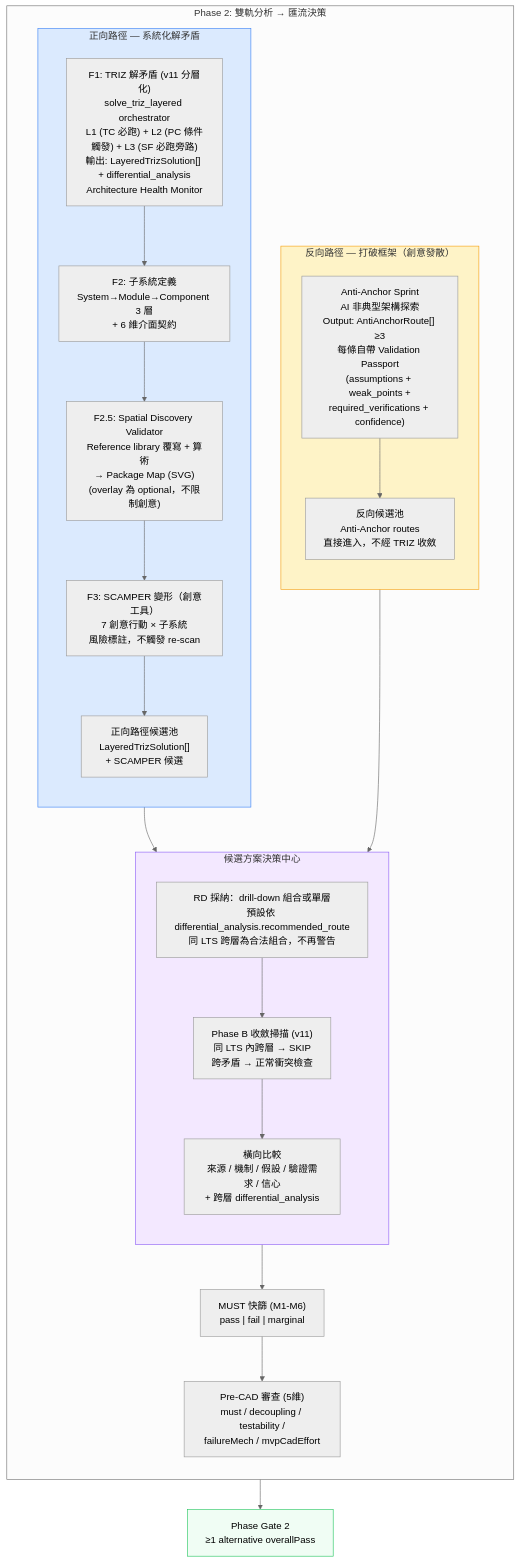
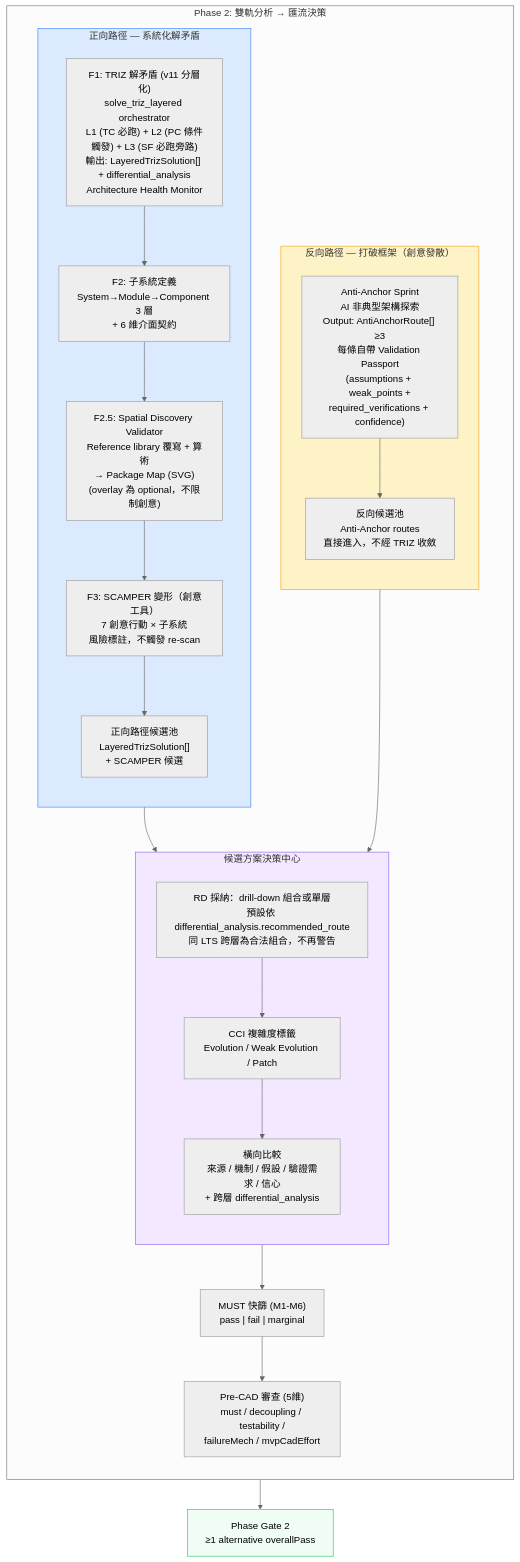
The first of 4 diagrams in docs/01-define/diagrams/appendix-e--triz-scamper-flow.md (Zenobia0000/RD_copilot_system), drawn with Mermaid before and after one commit. The commit also changed other lines of this file and 10 other files, not shown here.

First line of the commit message:
docs: Phase B 完整退役 — SIM + CCI 前置覆蓋 (v9)

````diff
--- a/docs/01-define/diagrams/appendix-e--triz-scamper-flow.md
+++ b/docs/01-define/diagrams/appendix-e--triz-scamper-flow.md
@@ -45,47 +46,47 @@
 ```mermaid
 %%{init: {'theme': 'neutral'}}%%
 flowchart TB
     subgraph Phase2["Phase 2: 雙軌分析 → 匯流決策"]
         direction TB
 
         subgraph REVERSE["反向路徑 — 打破框架（創意發散）"]
             direction TB
             R1["Anti-Anchor Sprint<br/>AI 非典型架構探索<br/>Output: AntiAnchorRoute[] ≥3<br/>每條自帶 Validation Passport<br/>(assumptions + weak_points +<br/>required_verifications + confidence)"]
             RP["反向候選池<br/>Anti-Anchor routes<br/>直接進入，不經 TRIZ 收斂"]
             R1 --> RP
         end
 
         subgraph FORWARD["正向路徑 — 系統化解矛盾"]
             direction TB
             F1["F1: TRIZ 解矛盾 (v11 分層化)<br/>solve_triz_layered orchestrator<br/>L1 (TC 必跑) + L2 (PC 條件觸發) + L3 (SF 必跑旁路)<br/>輸出: LayeredTrizSolution[] + differential_analysis<br/>Architecture Health Monitor"]
             F2["F2: 子系統定義<br/>System→Module→Component 3 層<br/>+ 6 維介面契約"]
             F2S["F2.5: Spatial Discovery Validator<br/>Reference library 覆寫 + 算術<br/>→ Package Map (SVG)<br/>(overlay 為 optional，不限制創意)"]
             F3["F3: SCAMPER 變形（創意工具）<br/>7 創意行動 × 子系統<br/>風險標註，不觸發 re-scan"]
             FP["正向路徑候選池<br/>LayeredTrizSolution[]<br/>+ SCAMPER 候選"]
             F1 --> F2 --> F2S --> F3 --> FP
         end
 
         subgraph HUB["候選方案決策中心"]
             direction TB
             SELECT["RD 採納：drill-down 組合或單層<br/>預設依 differential_analysis.recommended_route<br/>同 LTS 跨層為合法組合，不再警告"]
-            PHASE_B["Phase B 收斂掃描 (v11)<br/>同 LTS 內跨層 → SKIP<br/>跨矛盾 → 正常衝突檢查"]
+            CCI_CHECK["CCI 複雜度標籤<br/>Evolution / Weak Evolution / Patch"]
             COMPARE["橫向比較<br/>來源 / 機制 / 假設 / 驗證需求 / 信心<br/>+ 跨層 differential_analysis"]
-            SELECT --> PHASE_B --> COMPARE
+            SELECT --> CCI_CHECK --> COMPARE
         end
 
         RP --> SELECT
         FP --> SELECT
 
         MUST["MUST 快篩 (M1-M6)<br/>pass | fail | marginal"]
         PRECAD["Pre-CAD 審查 (5維)<br/>must / decoupling / testability /<br/>failureMech / mvpCadEffort"]
         COMPARE --> MUST --> PRECAD
     end
 
     GATE["Phase Gate 2<br/>≥1 alternative overallPass"]
     PRECAD --> GATE
 
     style REVERSE fill:#FEF3C7,stroke:#F59E0B
     style FORWARD fill:#DBEAFE,stroke:#3B82F6
     style HUB fill:#F3E8FF,stroke:#8B5CF6
     style GATE fill:#F0FDF4,stroke:#22C55E
 ```
````
